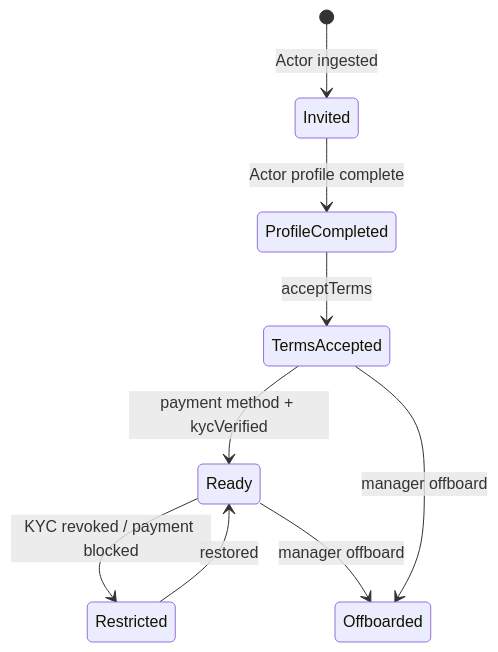
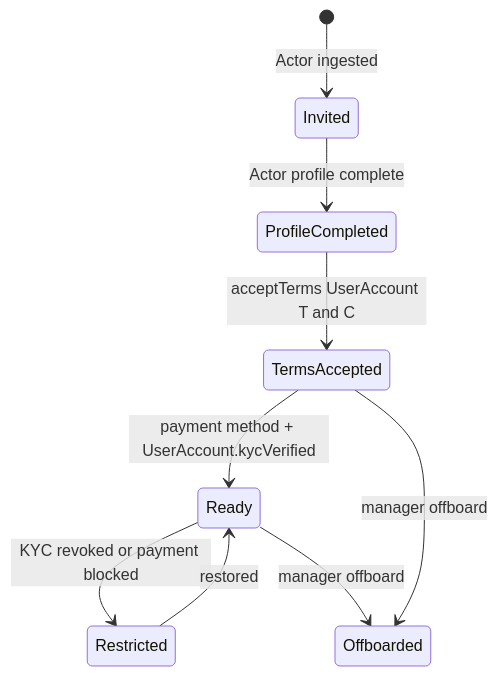
One commit to blooo-io/intelligent-eu-bps-source changed the fifth of 14 diagrams in docs/architecture/07-scenario-flows.md. Above: the diagram before and after it, drawn with Mermaid. The commit also changed other lines of this file, not shown here.

First line of the commit message:
docs(INT-451): ontology objects on scenario flow steps; fix S12 Mermaid (#225)

````diff
--- a/docs/architecture/07-scenario-flows.md
+++ b/docs/architecture/07-scenario-flows.md
@@ -147,12 +198,12 @@
 ```mermaid
 %% elk %%
 stateDiagram-v2
   [*] --> Invited: Actor ingested
   Invited --> ProfileCompleted: Actor profile complete
-  ProfileCompleted --> TermsAccepted: acceptTerms
-  TermsAccepted --> Ready: payment method + kycVerified
-  Ready --> Restricted: KYC revoked / payment blocked
+  ProfileCompleted --> TermsAccepted: acceptTerms UserAccount T and C
+  TermsAccepted --> Ready: payment method + UserAccount.kycVerified
+  Ready --> Restricted: KYC revoked or payment blocked
   Restricted --> Ready: restored
   Ready --> Offboarded: manager offboard
   TermsAccepted --> Offboarded: manager offboard
 ```
````
